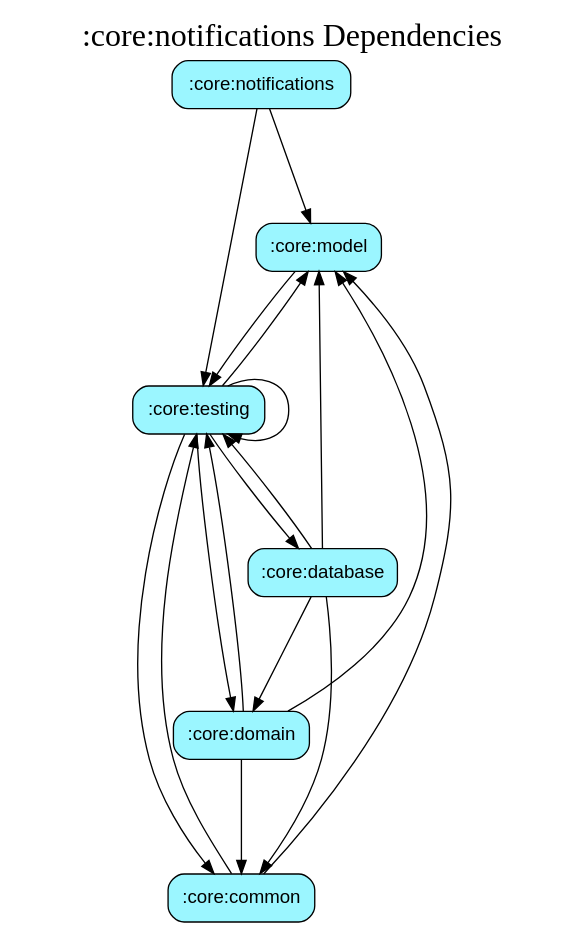
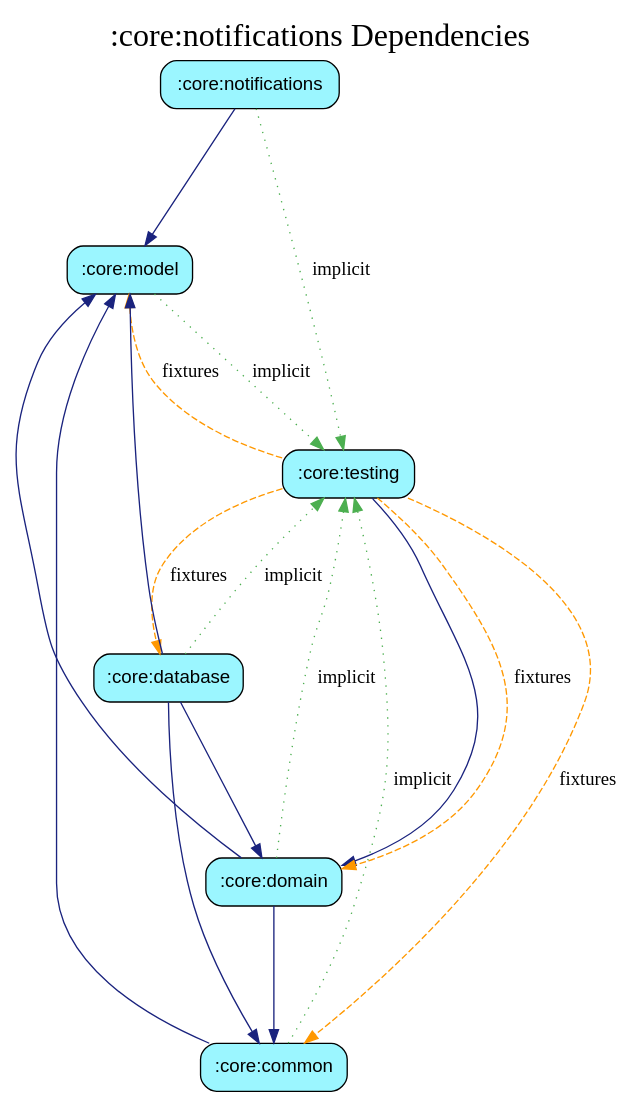
Before and after one commit to harrykibet/RealEstateApp-Android: the diagram in core/notifications/module_graph.gv, drawn with Graphviz. The commit also changed 91 other files, not shown here.

```diff
--- a/core/notifications/module_graph.gv
+++ b/core/notifications/module_graph.gv
@@ -1,27 +1,27 @@
 digraph {
-  graph [label=":core:notifications Dependencies", labelloc=t, fontsize=24, ranksep=1.2];
+  graph [label=":core:notifications Dependencies", labelloc=t, fontsize=24, ranksep=1.4];
   node [style=filled, fillcolor="#bbdefb", fontname="sans-serif", shape=box, style="rounded,filled"];
   ":core:notifications" [fillcolor="#9BF6FF"];
   ":core:model" [fillcolor="#9BF6FF"];
   ":core:testing" [fillcolor="#9BF6FF"];
   ":core:domain" [fillcolor="#9BF6FF"];
   ":core:common" [fillcolor="#9BF6FF"];
   ":core:database" [fillcolor="#9BF6FF"];
-  ":core:common" -> ":core:model"
-  ":core:common" -> ":core:testing"
-  ":core:notifications" -> ":core:model"
-  ":core:notifications" -> ":core:testing"
-  ":core:domain" -> ":core:model"
-  ":core:domain" -> ":core:common"
-  ":core:domain" -> ":core:testing"
-  ":core:model" -> ":core:testing"
-  ":core:database" -> ":core:model"
-  ":core:database" -> ":core:domain"
-  ":core:database" -> ":core:common"
-  ":core:database" -> ":core:testing"
-  ":core:testing" -> ":core:domain"
-  ":core:testing" -> ":core:model"
-  ":core:testing" -> ":core:common"
-  ":core:testing" -> ":core:database"
-  ":core:testing" -> ":core:testing"
+  ":core:common" -> ":core:model" [color="#1A237E", style=solid]
+  ":core:common" -> ":core:testing" [color="#4CAF50", style=dotted, label="implicit"]
+  ":core:notifications" -> ":core:model" [color="#1A237E", style=solid]
+  ":core:notifications" -> ":core:testing" [color="#4CAF50", style=dotted, label="implicit"]
+  ":core:domain" -> ":core:model" [color="#1A237E", style=solid]
+  ":core:domain" -> ":core:common" [color="#1A237E", style=solid]
+  ":core:domain" -> ":core:testing" [color="#4CAF50", style=dotted, label="implicit"]
+  ":core:model" -> ":core:testing" [color="#4CAF50", style=dotted, label="implicit"]
+  ":core:database" -> ":core:model" [color="#1A237E", style=solid]
+  ":core:database" -> ":core:domain" [color="#1A237E", style=solid]
+  ":core:database" -> ":core:common" [color="#1A237E", style=solid]
+  ":core:database" -> ":core:testing" [color="#4CAF50", style=dotted, label="implicit"]
+  ":core:testing" -> ":core:domain" [color="#1A237E", style=solid]
+  ":core:testing" -> ":core:model" [color="#FF9800", style=dashed, label="fixtures"]
+  ":core:testing" -> ":core:common" [color="#FF9800", style=dashed, label="fixtures"]
+  ":core:testing" -> ":core:domain" [color="#FF9800", style=dashed, label="fixtures"]
+  ":core:testing" -> ":core:database" [color="#FF9800", style=dashed, label="fixtures"]
 }
```
